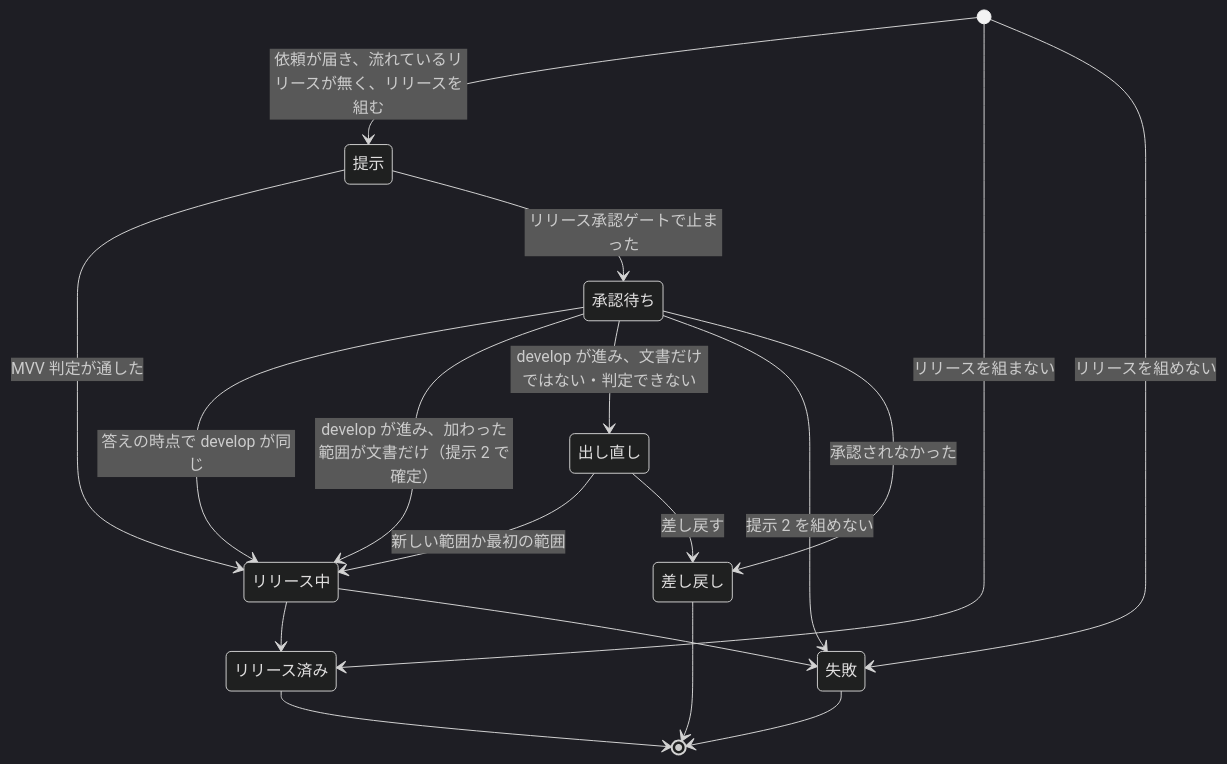
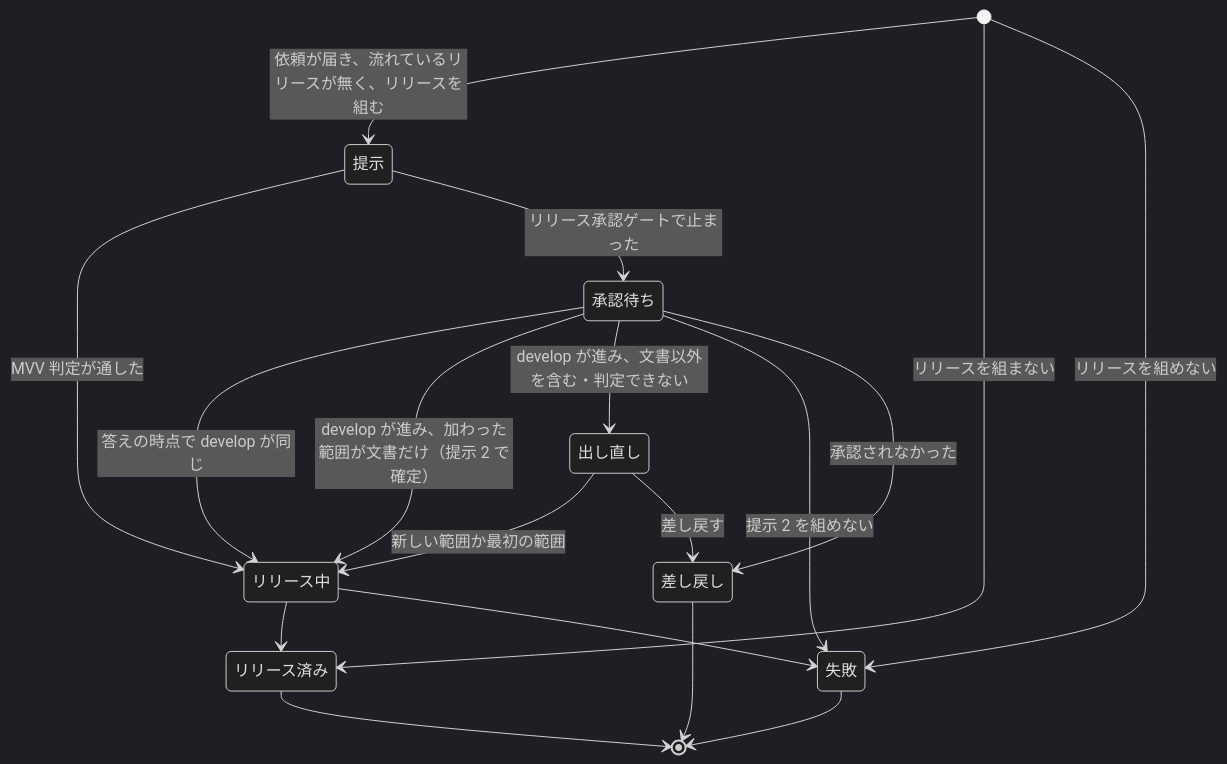
Before and after one commit to devbasex/ai-plugins: the second of 2 diagrams in docs/specifications/ndf-parallel-organizer.md, drawn with Mermaid (dark theme). The commit also changed other lines of this file, not shown here.

Commit message:
docs: 確かめ直しの範囲の分岐を「文書以外を含む」で書く

````diff
--- a/docs/specifications/ndf-parallel-organizer.md
+++ b/docs/specifications/ndf-parallel-organizer.md
@@ -210,20 +210,20 @@
 ```mermaid
 stateDiagram-v2
     [*] --> 提示: 依頼が届き、流れているリリースが無く、リリースを組む
     [*] --> リリース済み: リリースを組まない
     [*] --> 失敗: リリースを組めない
     提示 --> リリース中: MVV 判定が通した
     提示 --> 承認待ち: リリース承認ゲートで止まった
     承認待ち --> リリース中: 答えの時点で develop が同じ
     承認待ち --> リリース中: develop が進み、加わった範囲が文書だけ（提示 2 で確定）
-    承認待ち --> 出し直し: develop が進み、文書だけではない・判定できない
+    承認待ち --> 出し直し: develop が進み、文書以外を含む・判定できない
     出し直し --> リリース中: 新しい範囲か最初の範囲
     承認待ち --> 失敗: 提示 2 を組めない
     承認待ち --> 差し戻し: 承認されなかった
     出し直し --> 差し戻し: 差し戻す
     リリース中 --> リリース済み
     リリース中 --> 失敗
     リリース済み --> [*]
     差し戻し --> [*]
     失敗 --> [*]
 ```
````
